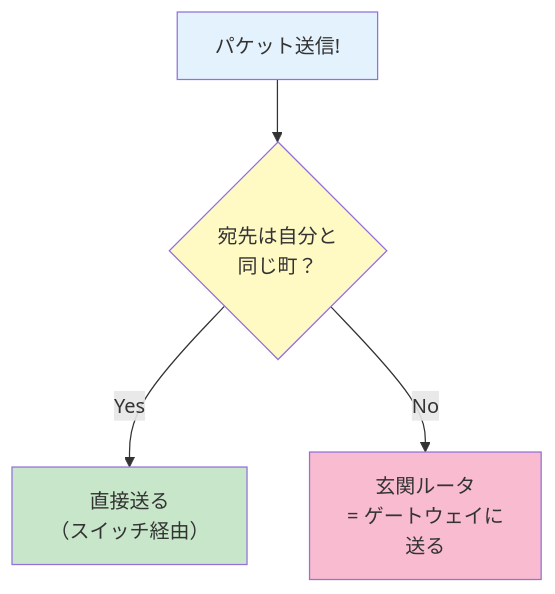
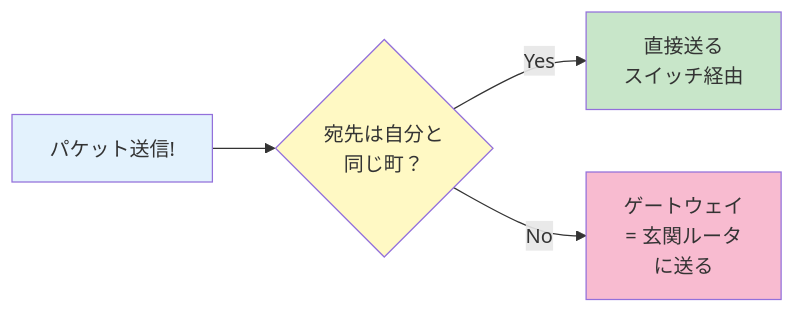
One commit to Tsunanko/netpractice-guide changed the second of 3 diagrams in docs/01-basics/gateway.md. Above: the diagram before and after it, drawn with Mermaid. The commit also changed 1 other file, not shown here.

Commit message:
Make Mermaid diagrams fill viewport width and use larger labels
Bumps node label to 20px / edge label to 18px / cluster label to 19px,
and forces SVG width to 100% so smaller diagrams stretch to the full
content column instead of rendering cramped. Also flips the gateway
direct-vs-gateway decision diagram to LR so the decision branches use
horizontal space rather than stacking.

````diff
--- a/docs/01-basics/gateway.md
+++ b/docs/01-basics/gateway.md
@@ -59,11 +59,11 @@
 ```mermaid
-flowchart TD
+flowchart LR
     Start[パケット送信!] --> Q{宛先は自分と<br>同じ町？}
-    Q -->|Yes| Direct[直接送る<br>（スイッチ経由）]
-    Q -->|No| Gate[玄関ルータ<br>= ゲートウェイに<br>送る]
+    Q -->|Yes| Direct[直接送る<br>スイッチ経由]
+    Q -->|No| Gate[ゲートウェイ<br>= 玄関ルータ<br>に送る]
 
     style Start fill:#E3F2FD
     style Q fill:#FFF9C4
     style Direct fill:#C8E6C9
     style Gate fill:#F8BBD0
 ```
````
